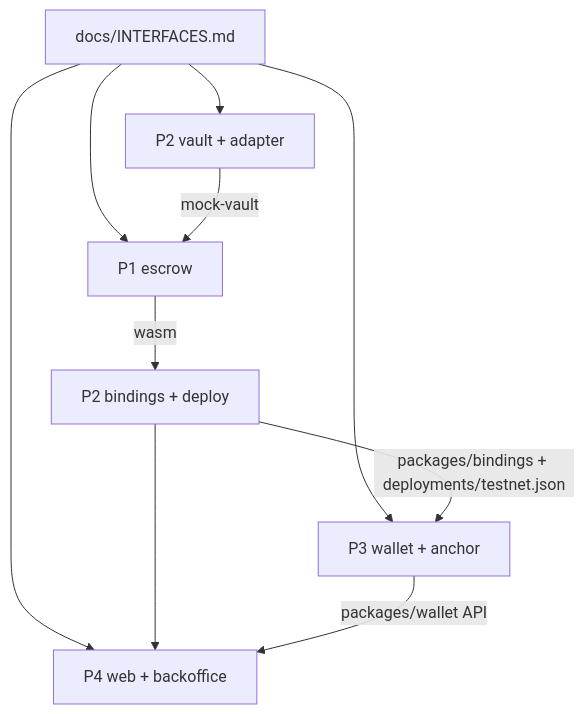
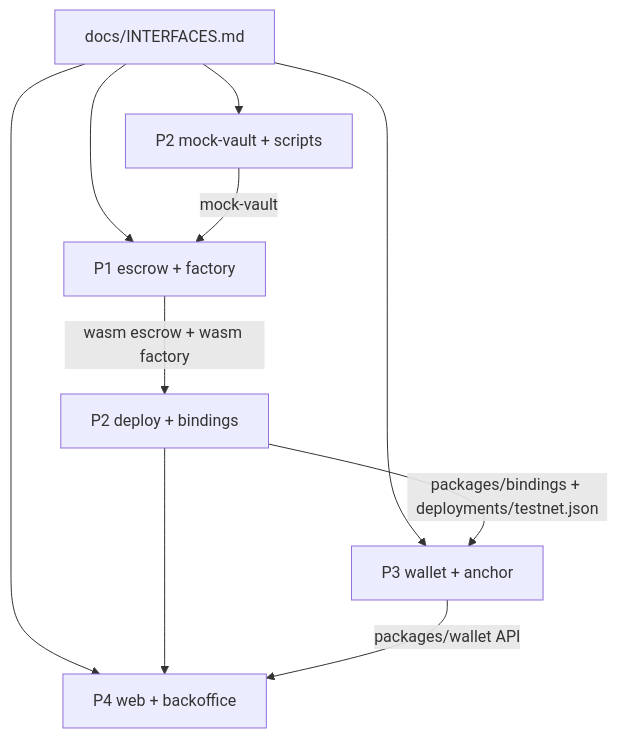
The second of 2 diagrams in docs/PIPELINE.md (jzelada97/Pledge), drawn with Mermaid before and after one commit. The commit also changed other lines of this file, not shown here.

````diff
--- a/docs/PIPELINE.md
+++ b/docs/PIPELINE.md
@@ -18,12 +18,12 @@
 ```mermaid
 flowchart TD
-  I[docs/INTERFACES.md] --> P1[P1 escrow]
-  I --> P2[P2 vault + adapter]
+  I[docs/INTERFACES.md] --> P1[P1 escrow + factory]
+  I --> P2[P2 mock-vault + scripts]
   I --> P3[P3 wallet + anchor]
   I --> P4[P4 web + backoffice]
   P2 -- mock-vault --> P1
-  P1 -- wasm --> B[P2 bindings + deploy]
+  P1 -- wasm escrow + wasm factory --> B[P2 deploy + bindings]
   B -- packages/bindings + deployments/testnet.json --> P3
   B --> P4
   P3 -- packages/wallet API --> P4
 ```
````
